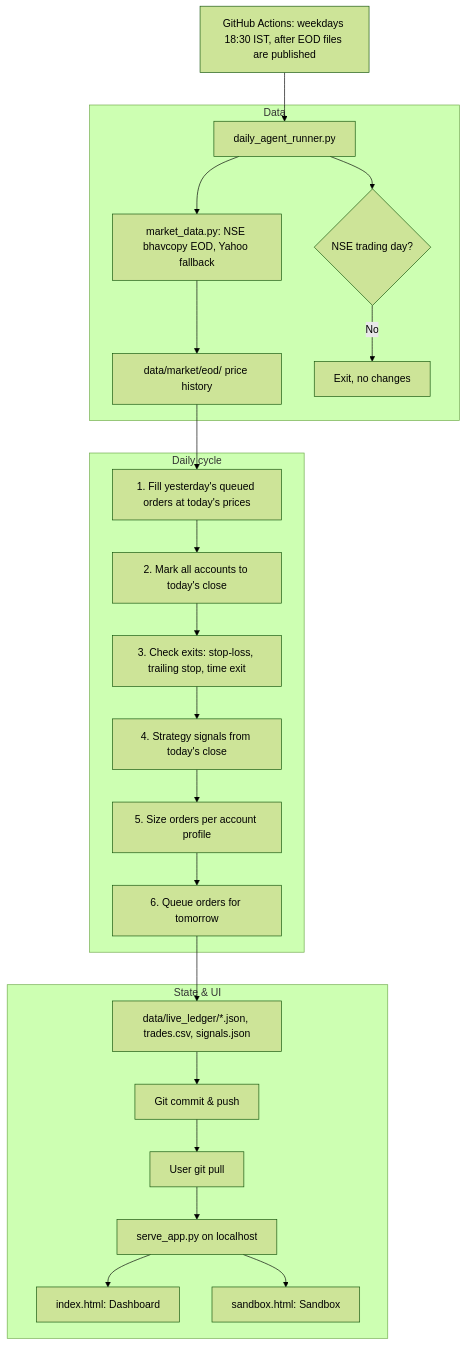
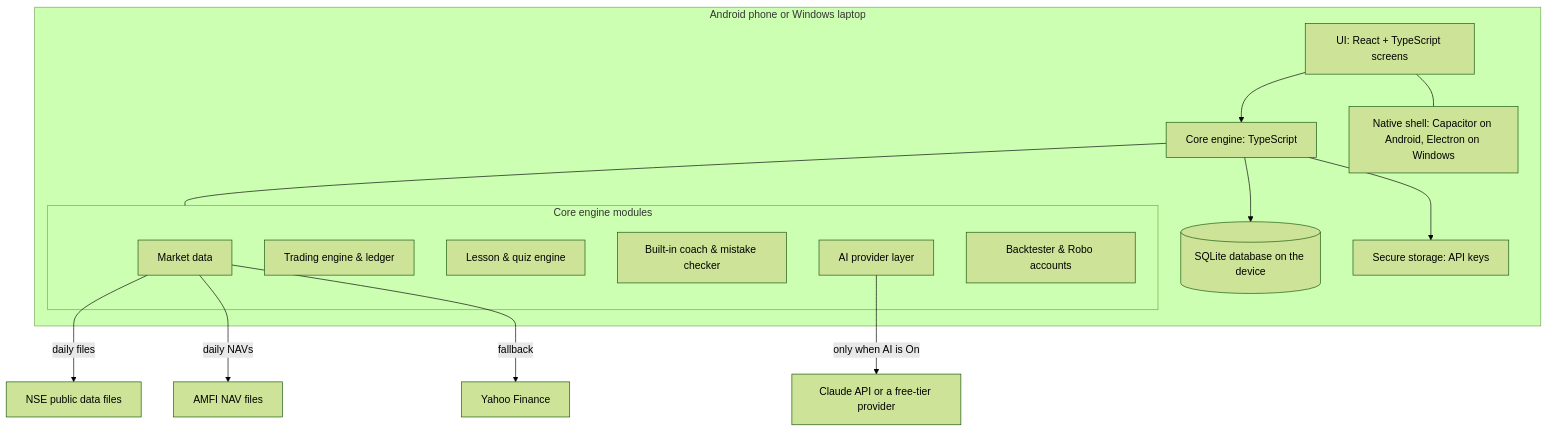
Before and after one commit to SunenaB3504/Trading: the diagram in docs/astro-trader-app/SYSTEM_SPECIFICATION_v1.md, drawn with Mermaid (forest theme). The commit also changed other lines of this file and 2 other files, not shown here.

First line of the commit message:
docs: redefine the app as a market learning platform (SSD/MIP v4.0)

````diff
--- a/docs/astro-trader-app/SYSTEM_SPECIFICATION_v1.md
+++ b/docs/astro-trader-app/SYSTEM_SPECIFICATION_v1.md
@@ -35,29 +53,23 @@
 ```mermaid
 graph TD
-    Cron[GitHub Actions: weekdays 18:30 IST, after EOD files are published] --> Runner[daily_agent_runner.py]
-
-    subgraph Data
-        Runner --> MD[market_data.py: NSE bhavcopy EOD, Yahoo fallback]
-        MD --> Hist[data/market/eod/ price history]
-        Runner --> Cal{NSE trading day?}
-        Cal -->|No| Stop[Exit, no changes]
+    subgraph Device[Android phone or Windows laptop]
+        UI[UI: React + TypeScript screens] --> Core[Core engine: TypeScript]
+        Core --> DB[(SQLite database on the device)]
+        Core --> Sec[Secure storage: API keys]
+        subgraph CoreModules[Core engine modules]
+            MD[Market data]
+            TE[Trading engine & ledger]
+            LE[Lesson & quiz engine]
+            CO[Built-in coach & mistake checker]
+            AI[AI provider layer]
+            BT[Backtester & Robo accounts]
+        end
+        Core --- CoreModules
+        Shell[Native shell: Capacitor on Android, Electron on Windows]
+        UI --- Shell
     end
-
-    subgraph Daily cycle
-        Hist --> Fill[1. Fill yesterday's queued orders at today's prices]
-        Fill --> MTM[2. Mark all accounts to today's close]
-        MTM --> Exits[3. Check exits: stop-loss, trailing stop, time exit]
-        Exits --> Sig[4. Strategy signals from today's close]
-        Sig --> Prof[5. Size orders per account profile]
-        Prof --> Queue[6. Queue orders for tomorrow]
-    end
-
-    subgraph State & UI
-        Queue --> Ledger[data/live_ledger/*.json, trades.csv, signals.json]
-        Ledger --> Commit[Git commit & push]
-        Commit --> Pull[User git pull]
-        Pull --> Server[serve_app.py on localhost]
-        Server --> Dash[index.html: Dashboard]
-        Server --> Sand[sandbox.html: Sandbox]
-    end
+    MD -->|daily files| NSE[NSE public data files]
+    MD -->|daily NAVs| AMFI[AMFI NAV files]
+    MD -->|fallback| YF[Yahoo Finance]
+    AI -->|only when AI is On| Prov[Claude API or a free-tier provider]
 ```
````
